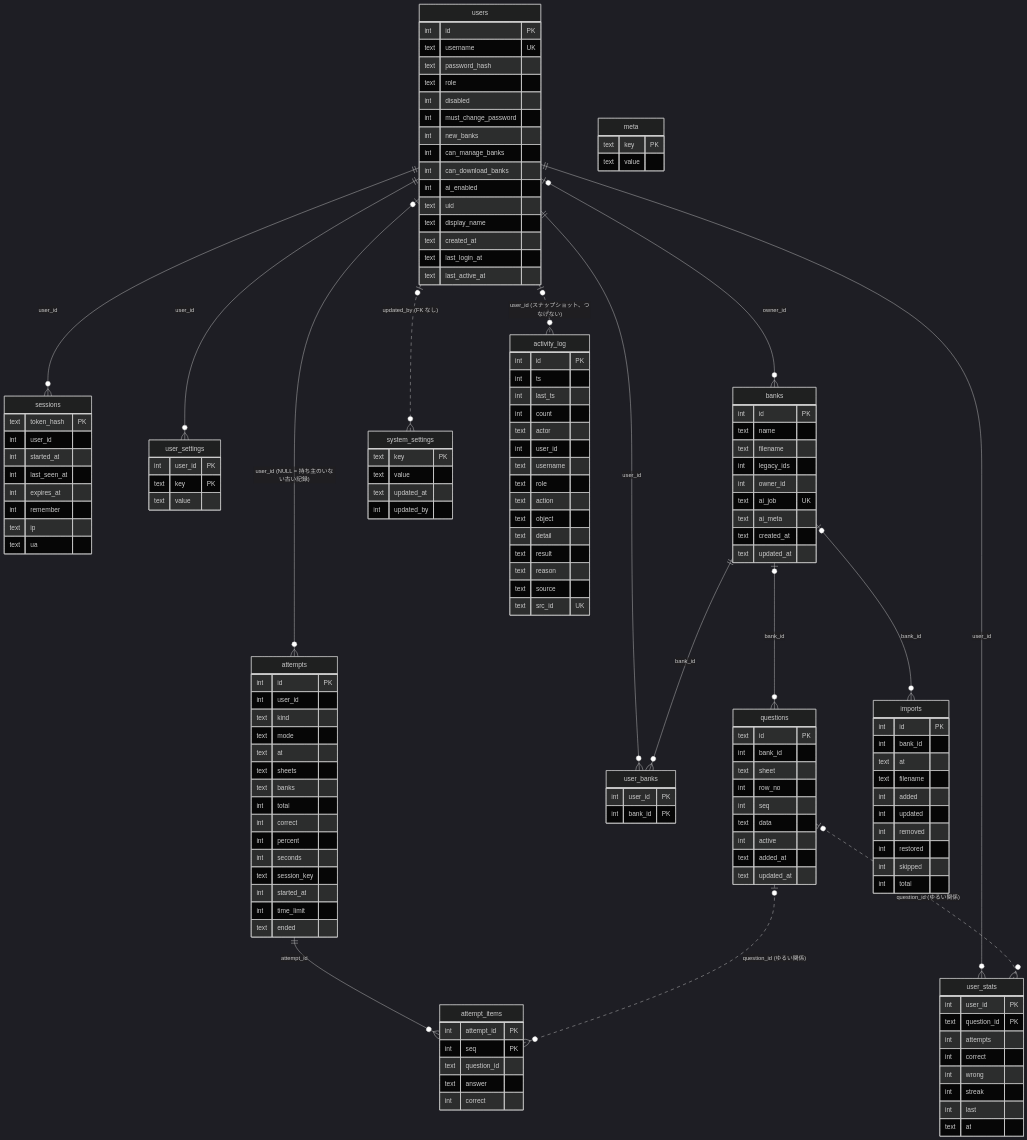
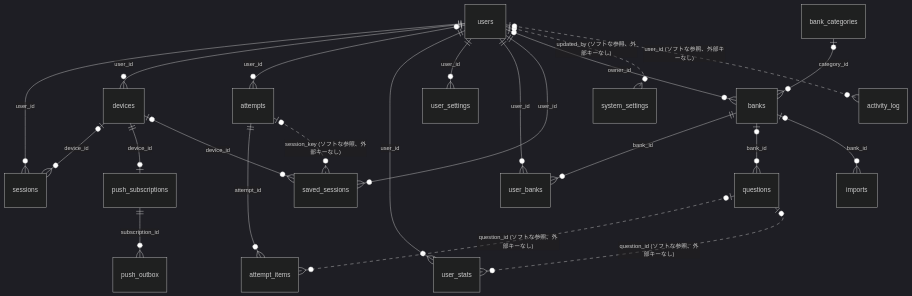
One commit to Yumin-Space/xexam changed the ninth of 10 diagrams in docs/ja/database.md. Above: the diagram before and after it, drawn with Mermaid (dark theme). The commit also changed other lines of this file and 346 other files, not shown here.

````diff
--- a/docs/ja/database.md
+++ b/docs/ja/database.md
@@ -818,149 +1335,25 @@
 ```mermaid
 erDiagram
   users ||--o{ sessions : "user_id"
-  users |o--o{ attempts : "user_id (NULL = 持ち主のいない古い記録)"
+  users ||--o{ devices : "user_id"
+  devices |o--o{ sessions : "device_id"
+  devices ||--o| push_subscriptions : "device_id"
+  push_subscriptions ||--o{ push_outbox : "subscription_id"
+  users |o--o{ attempts : "user_id"
   users ||--o{ user_stats : "user_id"
   users ||--o{ user_settings : "user_id"
   users ||--o{ user_banks : "user_id"
+  users ||--o{ saved_sessions : "user_id"
+  devices |o--o{ saved_sessions : "device_id"
   users |o--o{ banks : "owner_id"
-  users |o..o{ system_settings : "updated_by (FK なし)"
-  users |o..o{ activity_log : "user_id (スナップショット、つなげない)"
+  bank_categories |o--o{ banks : "category_id"
   banks ||--o{ user_banks : "bank_id"
   banks |o--o{ questions : "bank_id"
   banks |o--o{ imports : "bank_id"
   attempts ||--o{ attempt_items : "attempt_id"
-  questions |o..o{ attempt_items : "question_id (ゆるい関係)"
-  questions |o..o{ user_stats : "question_id (ゆるい関係)"
-
-  users {
-    int id PK
-    text username UK
-    text password_hash
-    text role
-    int disabled
-    int must_change_password
-    int new_banks
-    int can_manage_banks
-    int can_download_banks
-    int ai_enabled
-    text uid
-    text display_name
-    text created_at
-    text last_login_at
-    text last_active_at
-  }
-  sessions {
-    text token_hash PK
-    int user_id
-    int started_at
-    int last_seen_at
-    int expires_at
-    int remember
-    text ip
-    text ua
-  }
-  banks {
-    int id PK
-    text name
-    text filename
-    int legacy_ids
-    int owner_id
-    text ai_job UK
-    text ai_meta
-    text created_at
-    text updated_at
-  }
-  questions {
-    text id PK
-    int bank_id
-    text sheet
-    int row_no
-    int seq
-    text data
-    int active
-    text added_at
-    text updated_at
-  }
-  imports {
-    int id PK
-    int bank_id
-    text at
-    text filename
-    int added
-    int updated
-    int removed
-    int restored
-    int skipped
-    int total
-  }
-  attempts {
-    int id PK
-    int user_id
-    text kind
-    text mode
-    text at
-    text sheets
-    text banks
-    int total
-    int correct
-    int percent
-    int seconds
-    text session_key
-    int started_at
-    int time_limit
-    text ended
-  }
-  attempt_items {
-    int attempt_id PK
-    int seq PK
-    text question_id
-    text answer
-    int correct
-  }
-  user_stats {
-    int user_id PK
-    text question_id PK
-    int attempts
-    int correct
-    int wrong
-    int streak
-    int last
-    text at
-  }
-  user_settings {
-    int user_id PK
-    text key PK
-    text value
-  }
-  user_banks {
-    int user_id PK
-    int bank_id PK
-  }
-  system_settings {
-    text key PK
-    text value
-    text updated_at
-    int updated_by
-  }
-  activity_log {
-    int id PK
-    int ts
-    int last_ts
-    int count
-    text actor
-    int user_id
-    text username
-    text role
-    text action
-    text object
-    text detail
-    text result
-    text reason
-    text source
-    text src_id UK
-  }
-  meta {
-    text key PK
-    text value
-  }
+  attempts |o..o{ saved_sessions : "session_key (ソフトな参照、外部キーなし)"
+  questions |o..o{ attempt_items : "question_id (ソフトな参照、外部キーなし)"
+  questions |o..o{ user_stats : "question_id (ソフトな参照、外部キーなし)"
+  users |o..o{ system_settings : "updated_by (ソフトな参照、外部キーなし)"
+  users |o..o{ activity_log : "user_id (ソフトな参照、外部キーなし)"
 ```
````
